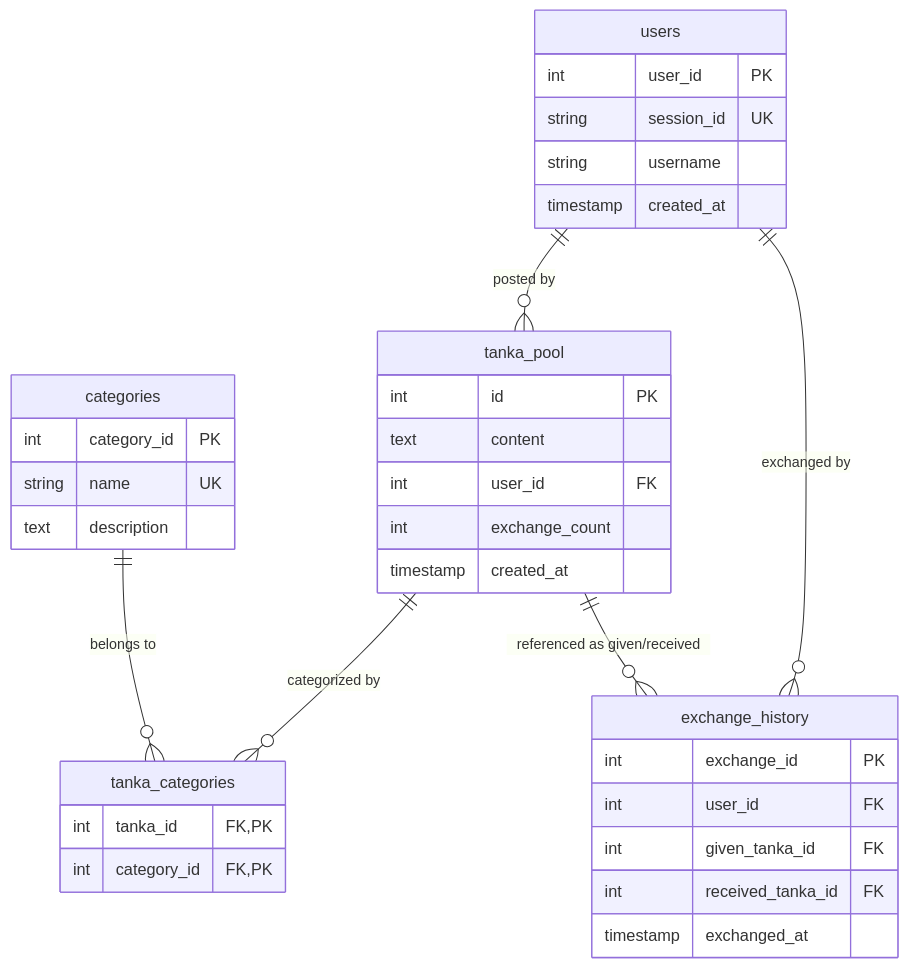
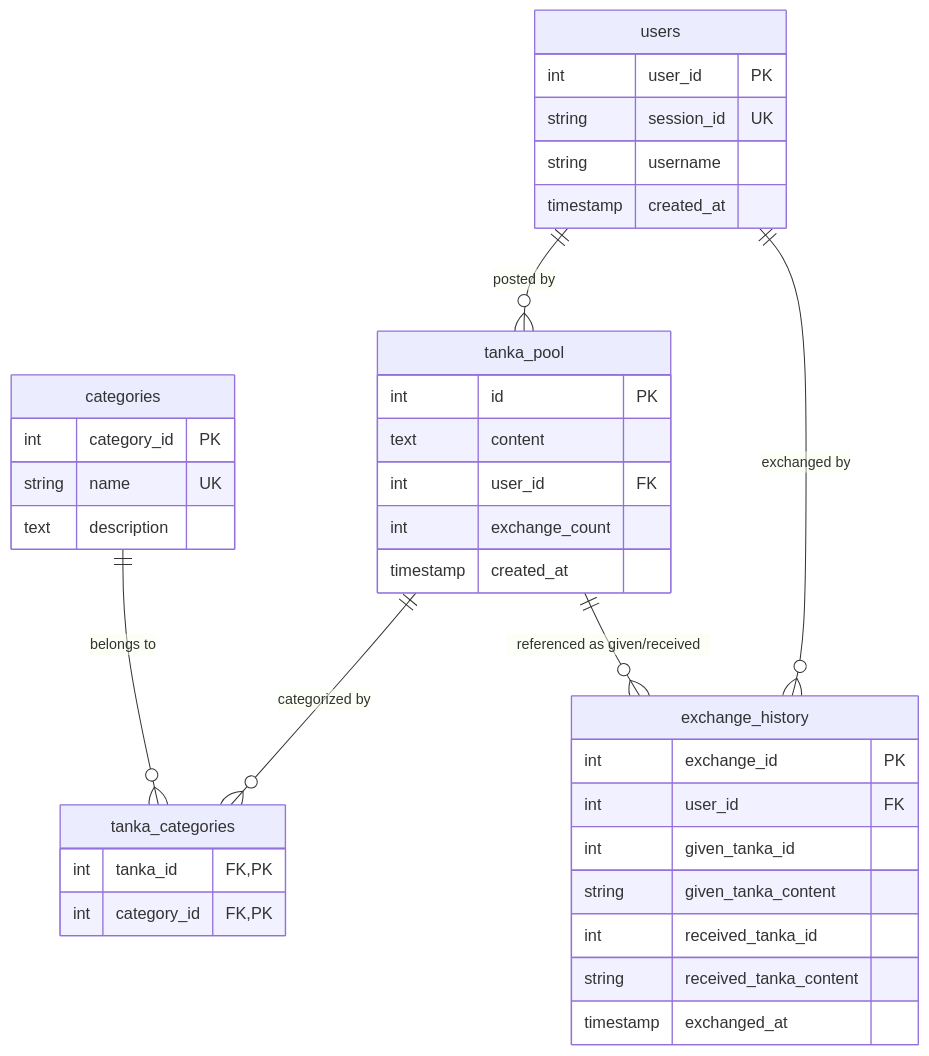
Before and after one commit to soulsand08/family_fishing: the second of 4 diagrams in docs/SYSTEM_DIAGRAMS.md, drawn with Mermaid. The commit also changed 21 other files, not shown here.

````diff
--- a/docs/SYSTEM_DIAGRAMS.md
+++ b/docs/SYSTEM_DIAGRAMS.md
@@ -41,42 +41,44 @@
 ```mermaid
 erDiagram
     users ||--o{ tanka_pool : "posted by"
     users ||--o{ exchange_history : "exchanged by"
     tanka_pool ||--o{ tanka_categories : "categorized by"
     categories ||--o{ tanka_categories : "belongs to"
     tanka_pool ||--o{ exchange_history : "referenced as given/received"
 
     users {
         int user_id PK
         string session_id UK
         string username
         timestamp created_at
     }
 
     tanka_pool {
         int id PK
         text content
         int user_id FK
         int exchange_count
         timestamp created_at
     }
 
     categories {
         int category_id PK
         string name UK
         text description
     }
 
     tanka_categories {
         int tanka_id FK, PK
         int category_id FK, PK
     }
 
     exchange_history {
         int exchange_id PK
         int user_id FK
-        int given_tanka_id FK
-        int received_tanka_id FK
+        int given_tanka_id
+        string given_tanka_content
+        int received_tanka_id
+        string received_tanka_content
         timestamp exchanged_at
     }
 ```
````
